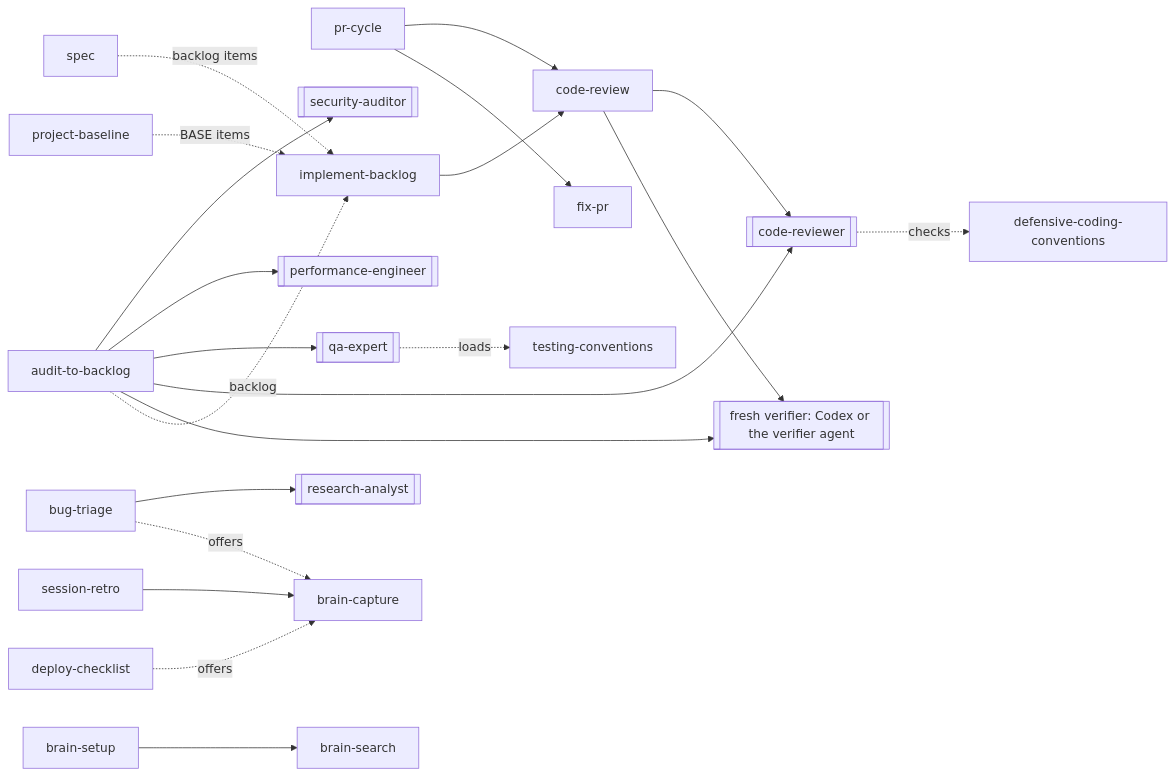
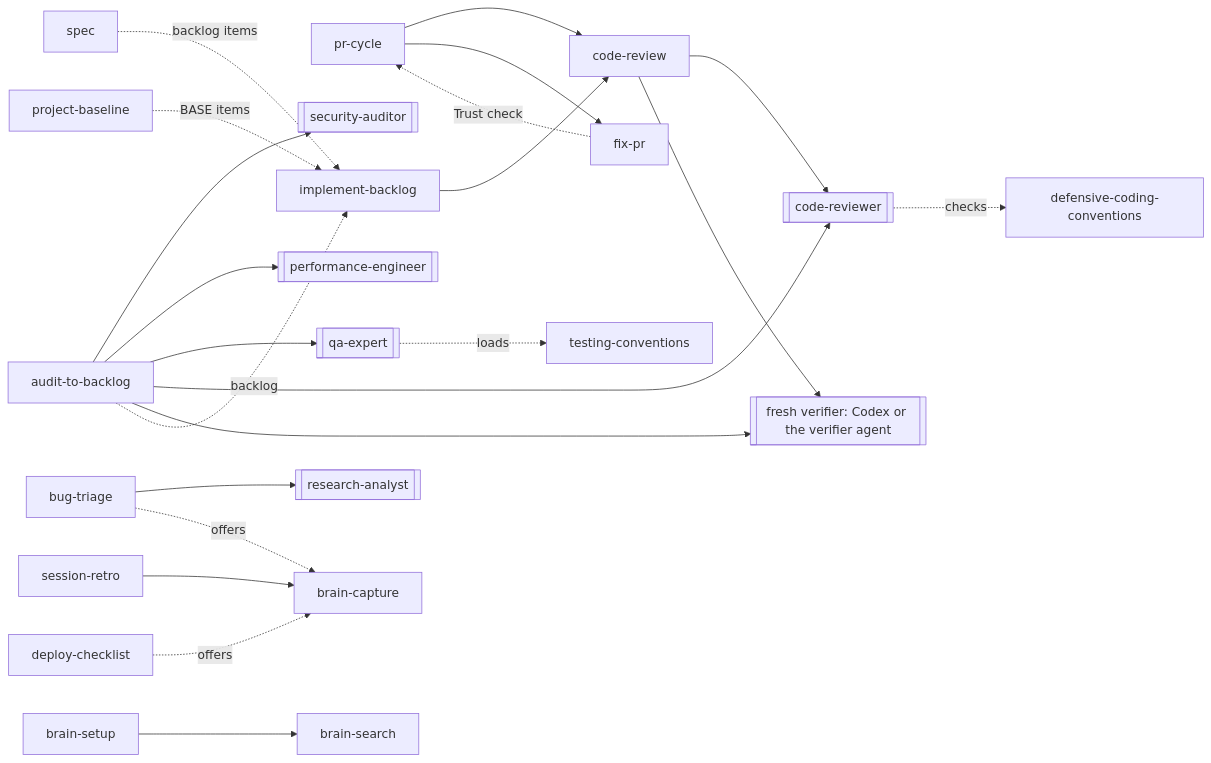
One commit to msolecki/developer-os changed the second of 2 diagrams in docs/architecture/overview.md. Above: the diagram before and after it, drawn with Mermaid. The commit also changed other lines of this file and 44 other files, not shown here.

````diff
--- a/docs/architecture/overview.md
+++ b/docs/architecture/overview.md
@@ -93,23 +93,24 @@
 ```mermaid
 flowchart LR
   pr-cycle --> code-review
   pr-cycle --> fix-pr
+  fix-pr -. Trust check .-> pr-cycle
   code-review --> code-reviewer[[code-reviewer]]
   code-review --> verifier[[fresh verifier: Codex or the verifier agent]]
   audit-to-backlog --> security-auditor[[security-auditor]]
   audit-to-backlog --> performance-engineer[[performance-engineer]]
   audit-to-backlog --> qa-expert[[qa-expert]]
   audit-to-backlog --> code-reviewer
   audit-to-backlog --> verifier
   implement-backlog --> code-review
   bug-triage --> research-analyst[[research-analyst]]
   spec -. backlog items .-> implement-backlog
   audit-to-backlog -. backlog .-> implement-backlog
   project-baseline -. BASE items .-> implement-backlog
   session-retro --> brain-capture
   brain-setup --> brain-search
   bug-triage -. offers .-> brain-capture
   deploy-checklist -. offers .-> brain-capture
   code-reviewer -. checks .-> defensive-coding-conventions
   qa-expert -. loads .-> testing-conventions
 ```
````
